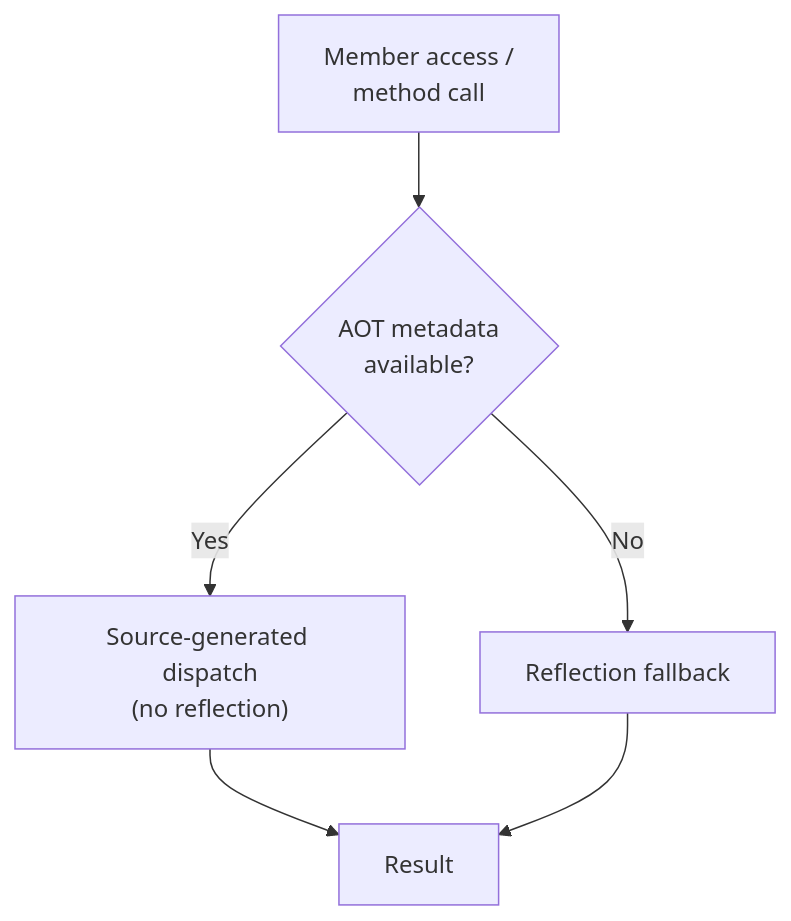
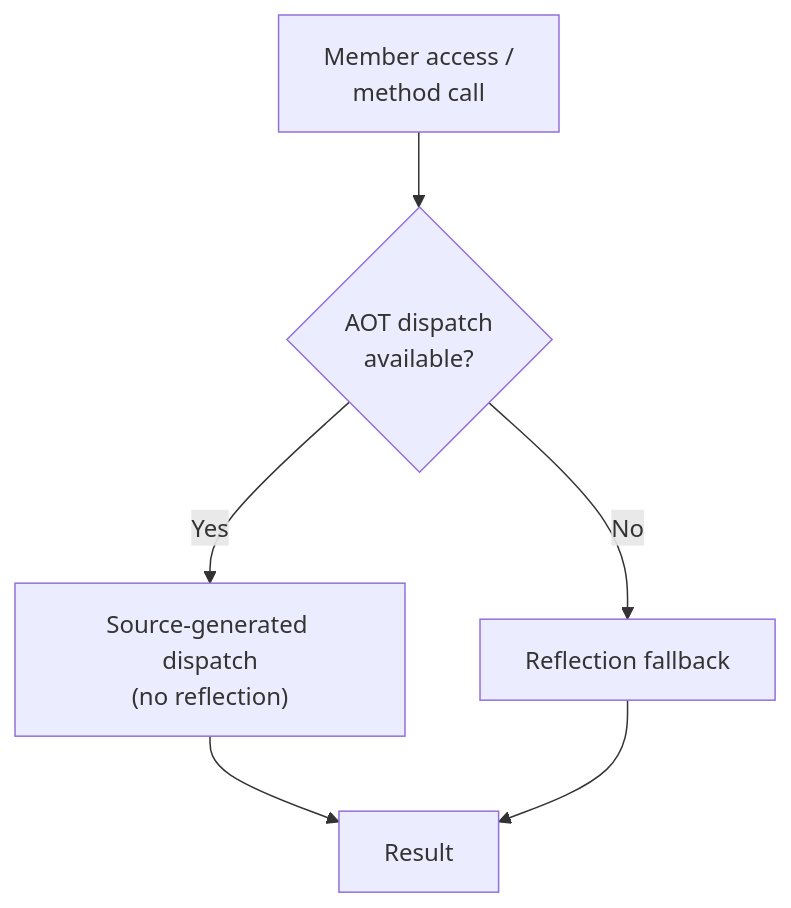
One commit to MartiSilvio/Alder changed the diagram in docs/aot/index.md. Above: the diagram before and after it, drawn with Mermaid. The commit also changed other lines of this file and 31 other files, not shown here.

````diff
--- a/docs/aot/index.md
+++ b/docs/aot/index.md
@@ -12,8 +12,8 @@
 ```mermaid
 graph TD
-    A["Member access /<br/>method call"] --> B{"AOT metadata<br/>available?"}
+    A["Member access /<br/>method call"] --> B{"AOT dispatch<br/>available?"}
     B -->|"Yes"| C["Source-generated dispatch<br/>(no reflection)"]
     B -->|"No"| D["Reflection fallback"]
     C --> E["Result"]
     D --> E
 ```
````
